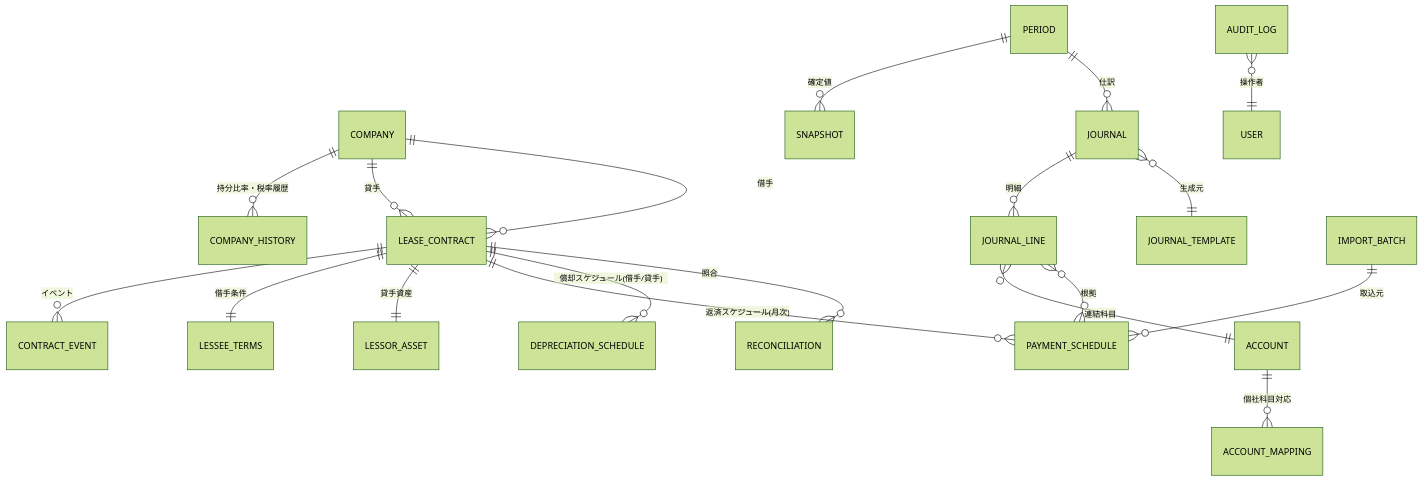
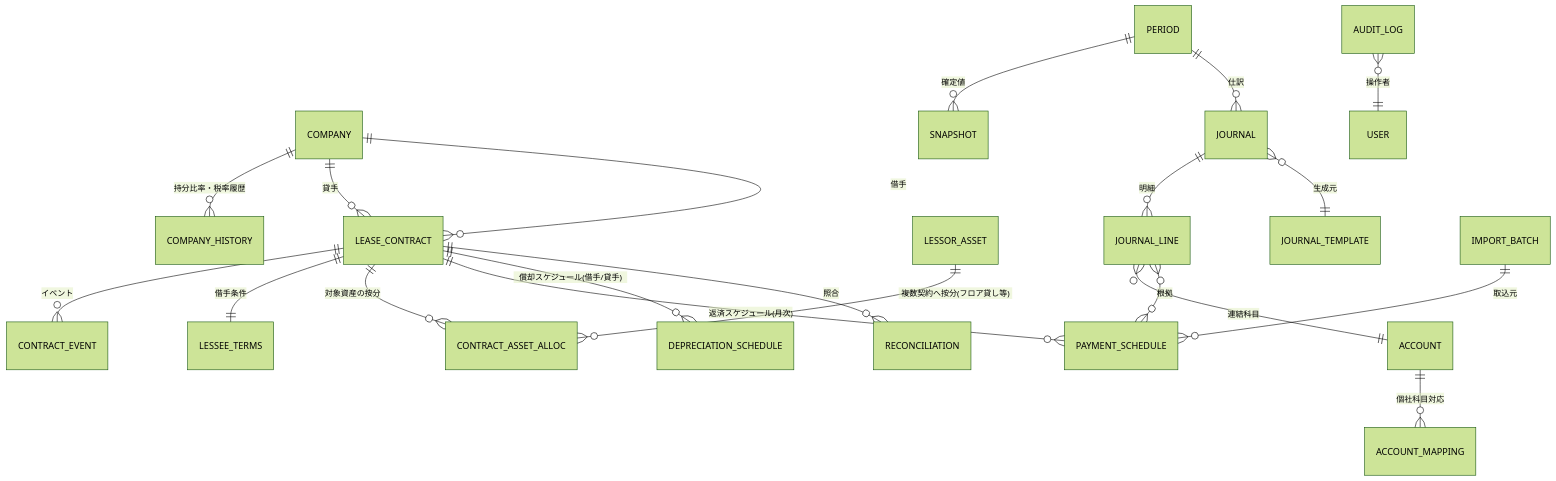
Before and after one commit to btshibuya/new_lease: the fifth of 5 diagrams in docs/requirements.md, drawn with Mermaid (forest theme). The commit also changed other lines of this file and 32 other files, not shown here.

````diff
--- a/docs/requirements.md
+++ b/docs/requirements.md
@@ -426,21 +429,22 @@
 ```mermaid
 erDiagram
   COMPANY ||--o{ COMPANY_HISTORY : "持分比率・税率履歴"
   COMPANY ||--o{ LEASE_CONTRACT : "貸手"
   COMPANY ||--o{ LEASE_CONTRACT : "借手"
   LEASE_CONTRACT ||--o{ CONTRACT_EVENT : "イベント"
   LEASE_CONTRACT ||--|| LESSEE_TERMS : "借手条件"
-  LEASE_CONTRACT ||--|| LESSOR_ASSET : "貸手資産"
+  LEASE_CONTRACT ||--o{ CONTRACT_ASSET_ALLOC : "対象資産の按分"
+  LESSOR_ASSET ||--o{ CONTRACT_ASSET_ALLOC : "複数契約へ按分(フロア貸し等)"
   LEASE_CONTRACT ||--o{ PAYMENT_SCHEDULE : "返済スケジュール(月次)"
   LEASE_CONTRACT ||--o{ DEPRECIATION_SCHEDULE : "償却スケジュール(借手/貸手)"
   LEASE_CONTRACT ||--o{ RECONCILIATION : "照合"
   PERIOD ||--o{ SNAPSHOT : "確定値"
   PERIOD ||--o{ JOURNAL : "仕訳"
   JOURNAL ||--o{ JOURNAL_LINE : "明細"
   JOURNAL_LINE }o--|| ACCOUNT : "連結科目"
   JOURNAL }o--|| JOURNAL_TEMPLATE : "生成元"
   JOURNAL_LINE }o--o{ PAYMENT_SCHEDULE : "根拠"
   IMPORT_BATCH ||--o{ PAYMENT_SCHEDULE : "取込元"
   ACCOUNT ||--o{ ACCOUNT_MAPPING : "個社科目対応"
   AUDIT_LOG }o--|| USER : "操作者"
 ```
````
